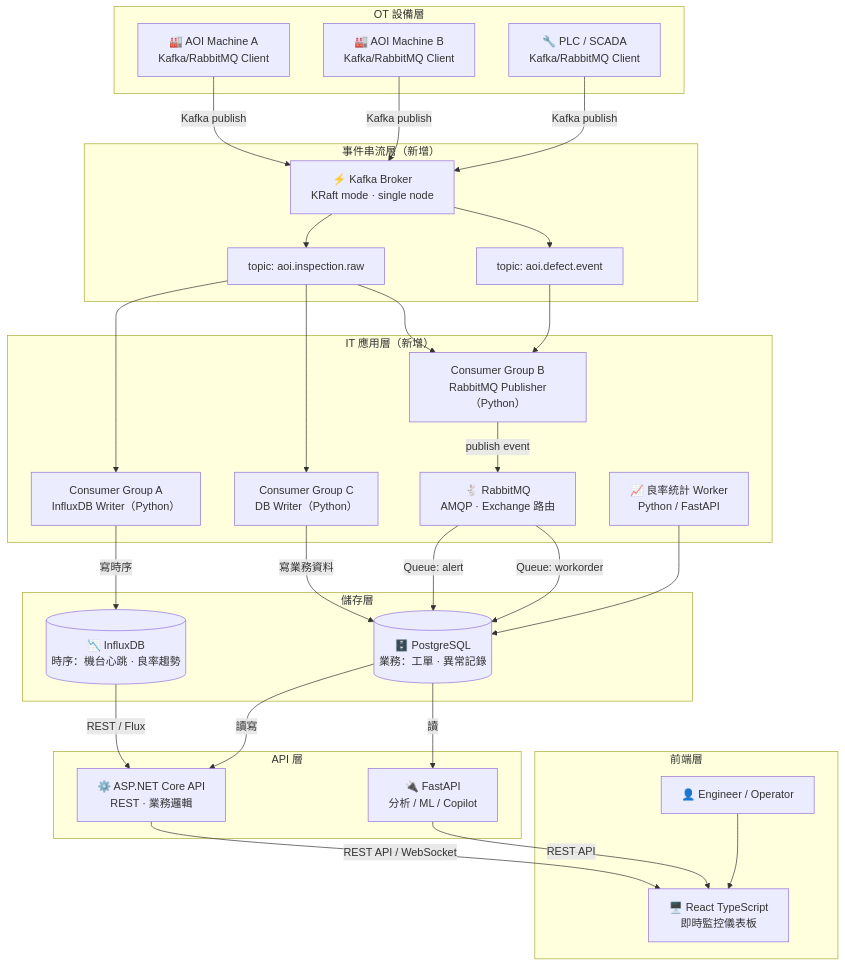
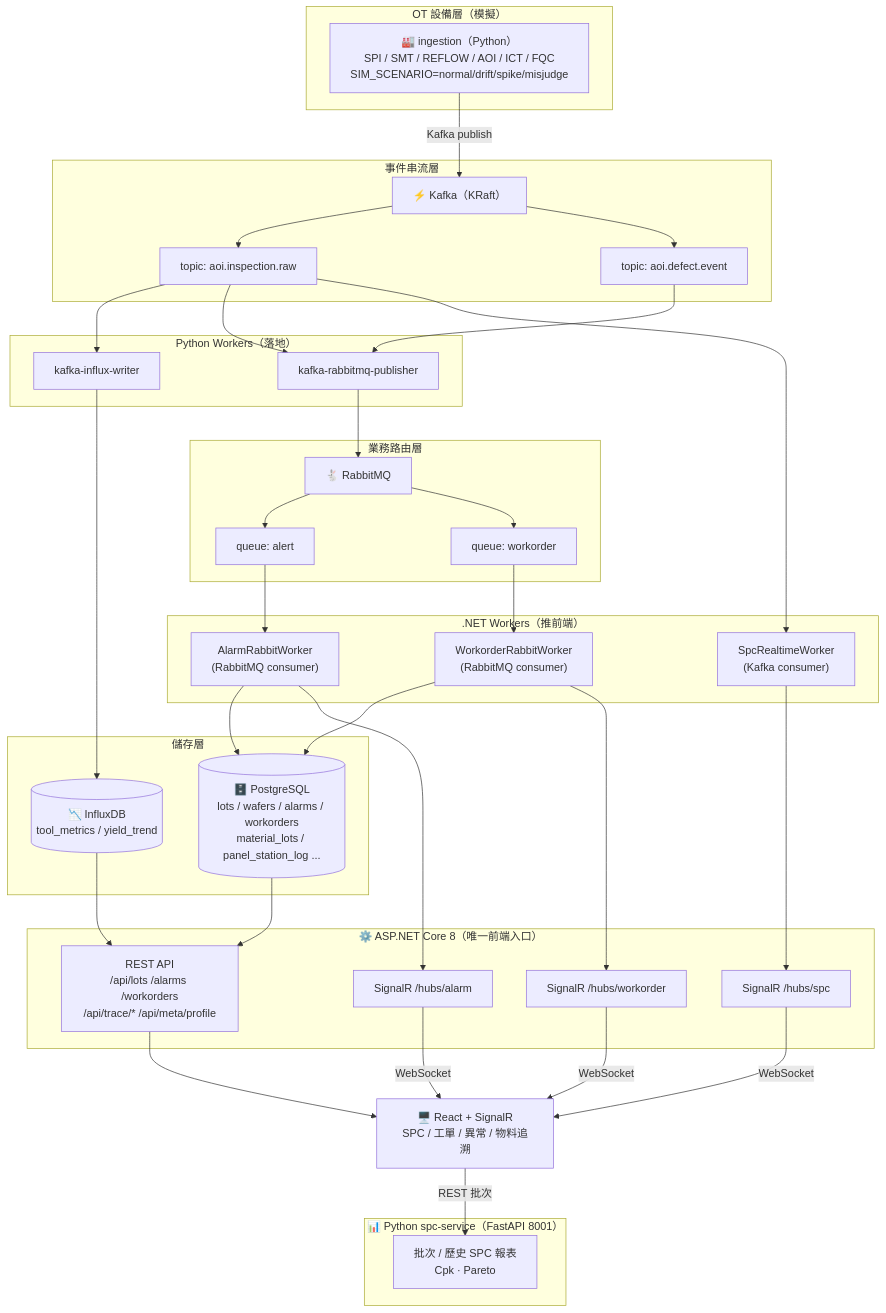
One commit to sfad159357/aoi-ops-platform changed the first of 6 diagrams in graph.md. Above: the diagram before and after it, drawn with Mermaid. The commit also changed other lines of this file and 92 other files, not shown here.

````diff
--- a/graph.md
+++ b/graph.md
@@ -13,59 +14,77 @@
 ```mermaid
 flowchart TB
-  subgraph OT["OT 設備層"]
-    MA["🏭 AOI Machine A\nKafka/RabbitMQ Client"]
-    MB["🏭 AOI Machine B\nKafka/RabbitMQ Client"]
-    PLC["🔧 PLC / SCADA\nKafka/RabbitMQ Client"]
+  subgraph OT["OT 設備層（模擬）"]
+    SIM["🏭 ingestion（Python）<br/>SPI / SMT / REFLOW / AOI / ICT / FQC<br/>SIM_SCENARIO=normal/drift/spike/misjudge"]
   end
 
-  subgraph Stream["事件串流層（新增）"]
-    KAFKA["⚡ Kafka Broker\nKRaft mode · single node"]
+  subgraph Stream["事件串流層"]
+    KAFKA["⚡ Kafka（KRaft）"]
     T1["topic: aoi.inspection.raw"]
     T2["topic: aoi.defect.event"]
     KAFKA --> T1
     KAFKA --> T2
   end
 
-  subgraph Workers["IT 應用層（新增）"]
-    CGA["Consumer Group A\nInfluxDB Writer（Python）"]
-    CGB["Consumer Group B\nRabbitMQ Publisher（Python）"]
-    CGC["Consumer Group C\nDB Writer（Python）"]
-    RMQ["🐇 RabbitMQ\nAMQP · Exchange 路由"]
-    YIELD["📈 良率統計 Worker\nPython / FastAPI"]
+  subgraph PyWorkers["Python Workers（落地）"]
+    INF_W["kafka-influx-writer"]
+    RMQ_PUB["kafka-rabbitmq-publisher"]
+  end
+
+  subgraph DotnetWorkers[".NET Workers（推前端）"]
+    SPC_W["SpcRealtimeWorker<br/>(Kafka consumer)"]
+    AL_W["AlarmRabbitWorker<br/>(RabbitMQ consumer)"]
+    WO_W["WorkorderRabbitWorker<br/>(RabbitMQ consumer)"]
+  end
+
+  subgraph Bus["業務路由層"]
+    RMQ["🐇 RabbitMQ"]
+    QA["queue: alert"]
+    QW["queue: workorder"]
+    RMQ --> QA
+    RMQ --> QW
   end
 
   subgraph Storage["儲存層"]
-    INFLUX[("📉 InfluxDB\n時序：機台心跳 · 良率趨勢")]
-    PG[("🗄️ PostgreSQL\n業務：工單 · 異常記錄")]
+    INFLUX[("📉 InfluxDB<br/>tool_metrics / yield_trend")]
+    PG[("🗄️ PostgreSQL<br/>lots / wafers / alarms / workorders<br/>material_lots / panel_station_log ...")]
   end
 
-  subgraph API["API 層"]
-    DOTNET["⚙️ ASP.NET Core API\nREST · 業務邏輯"]
-    FASTAPI["🔌 FastAPI\n分析 / ML / Copilot"]
+  subgraph DOTNET["⚙️ ASP.NET Core 8（唯一前端入口）"]
+    REST["REST API<br/>/api/lots /alarms /workorders<br/>/api/trace/* /api/meta/profile"]
+    HUB_SPC["SignalR /hubs/spc"]
+    HUB_AL["SignalR /hubs/alarm"]
+    HUB_WO["SignalR /hubs/workorder"]
   end
 
-  subgraph FE["前端層"]
-    UI["🖥️ React TypeScript\n即時監控儀表板"]
-    U["👤 Engineer / Operator"]
+  subgraph SPCSVC["📊 Python spc-service（FastAPI 8001）"]
+    SPC_BATCH["批次 / 歷史 SPC 報表<br/>Cpk · Pareto"]
   end
 
-  MA -->|Kafka publish| KAFKA
-  MB -->|Kafka publish| KAFKA
-  PLC -->|Kafka publish| KAFKA
-  T1 --> CGA
-  T1 --> CGB
-  T1 --> CGC
-  T2 --> CGB
-  CGA -->|寫時序| INFLUX
-  CGB -->|publish event| RMQ
-  CGC -->|寫業務資料| PG
-  RMQ -->|Queue: alert| PG
-  RMQ -->|Queue: workorder| PG
-  YIELD --> PG
-  INFLUX -->|REST / Flux| DOTNET
-  PG -->|讀寫| DOTNET
-  PG -->|讀| FASTAPI
-  DOTNET -->|REST API / WebSocket| UI
-  FASTAPI -->|REST API| UI
-  U --> UI
+  FE["🖥️ React + SignalR<br/>SPC / 工單 / 異常 / 物料追溯"]
+
+  SIM -->|Kafka publish| KAFKA
+  T1 --> INF_W
+  T1 --> RMQ_PUB
+  T2 --> RMQ_PUB
+  T1 --> SPC_W
+  RMQ_PUB --> RMQ
+  QA --> AL_W
+  QW --> WO_W
+
+  INF_W --> INFLUX
+  AL_W --> PG
+  WO_W --> PG
+
+  PG --> REST
+  INFLUX --> REST
+
+  SPC_W --> HUB_SPC
+  AL_W --> HUB_AL
+  WO_W --> HUB_WO
+
+  REST --> FE
+  HUB_SPC -->|WebSocket| FE
+  HUB_AL  -->|WebSocket| FE
+  HUB_WO  -->|WebSocket| FE
+  FE -->|REST 批次| SPC_BATCH
 ```
````
